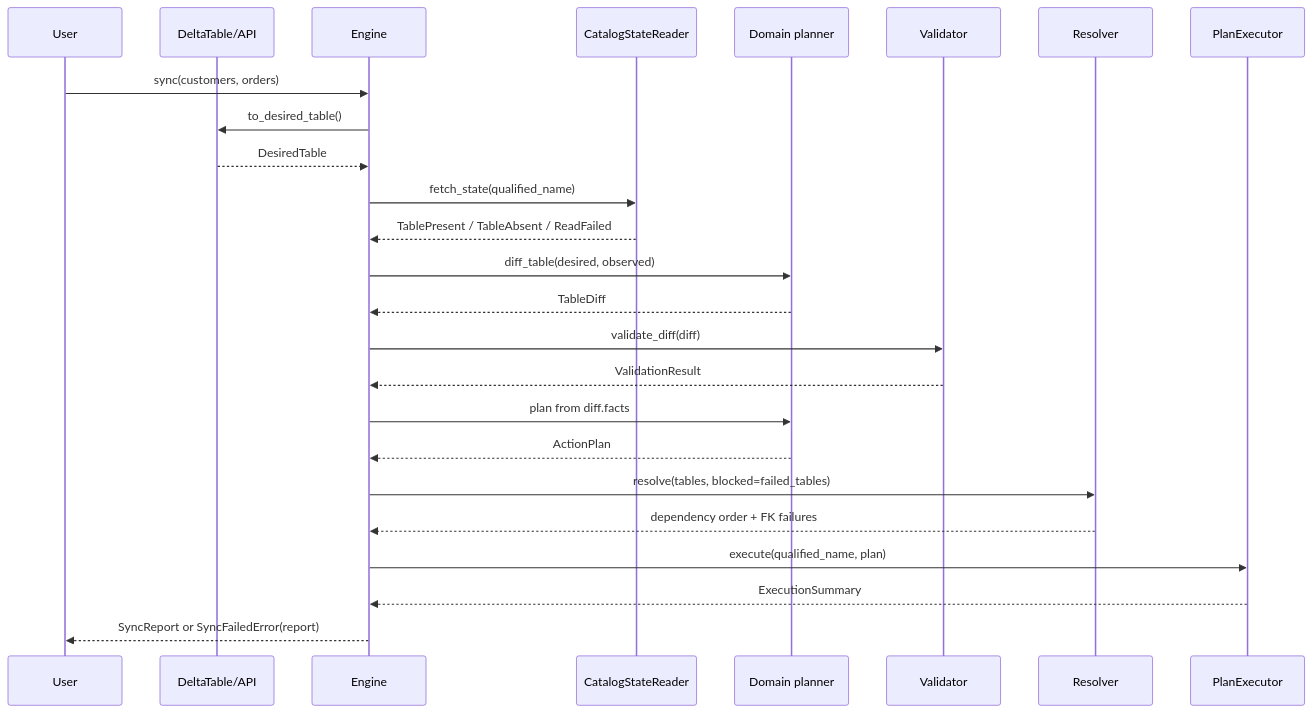
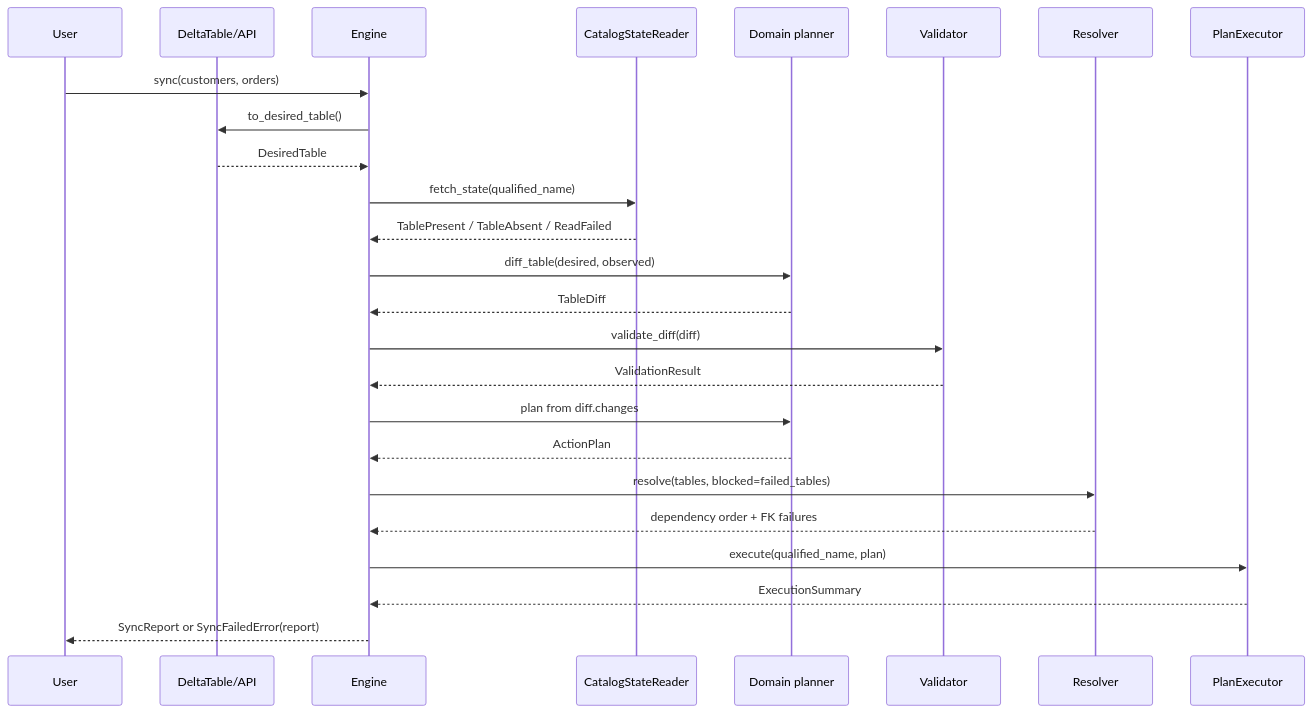
The third of 4 diagrams in docs/explanation-architecture.md (Tomoscorbin/delta-engine), drawn with Mermaid before and after one commit. The commit also changed other lines of this file and 7 other files, not shown here.

````diff
--- a/docs/explanation-architecture.md
+++ b/docs/explanation-architecture.md
@@ -76,28 +76,28 @@
 ```mermaid
 sequenceDiagram
     participant User
     participant API as DeltaTable/API
     participant Engine
     participant Reader as CatalogStateReader
     participant Domain as Domain planner
     participant Validator
     participant Resolver
     participant Executor as PlanExecutor
 
     User->>Engine: sync(customers, orders)
     Engine->>API: to_desired_table()
     API-->>Engine: DesiredTable
     Engine->>Reader: fetch_state(qualified_name)
     Reader-->>Engine: TablePresent / TableAbsent / ReadFailed
     Engine->>Domain: diff_table(desired, observed)
     Domain-->>Engine: TableDiff
     Engine->>Validator: validate_diff(diff)
     Validator-->>Engine: ValidationResult
-    Engine->>Domain: plan from diff.facts
+    Engine->>Domain: plan from diff.changes
     Domain-->>Engine: ActionPlan
     Engine->>Resolver: resolve(tables, blocked=failed_tables)
     Resolver-->>Engine: dependency order + FK failures
     Engine->>Executor: execute(qualified_name, plan)
     Executor-->>Engine: ExecutionSummary
     Engine-->>User: SyncReport or SyncFailedError(report)
 ```
````
